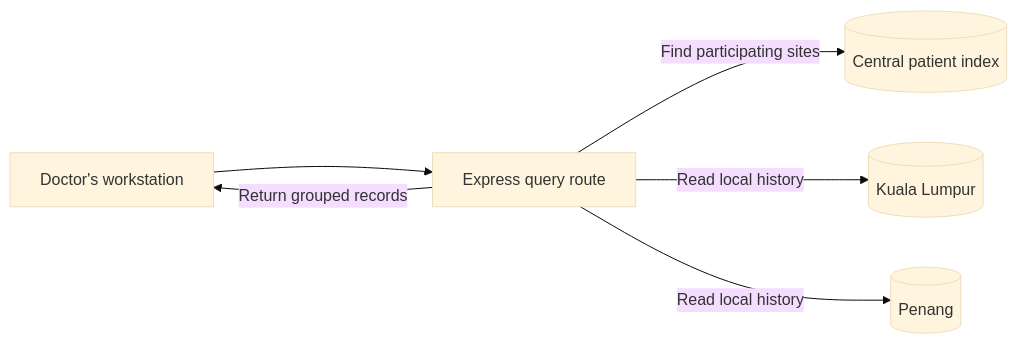
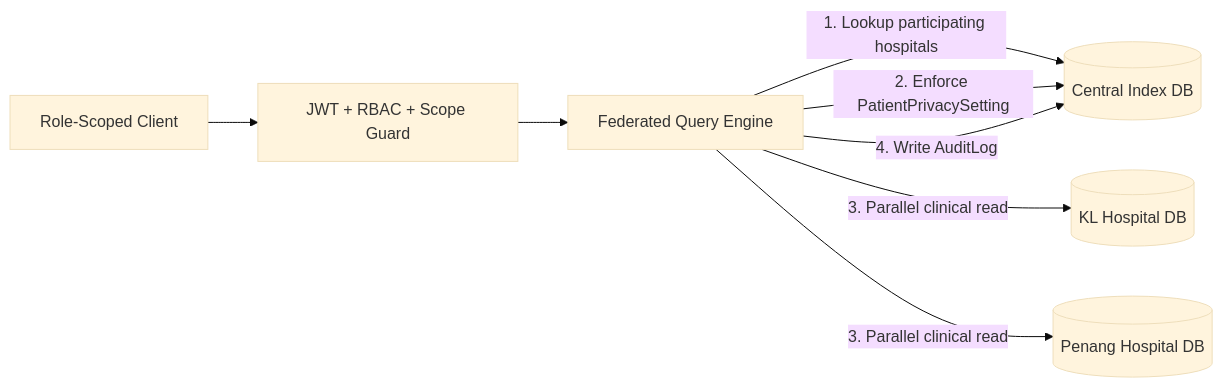
One commit to 218451LIJIAQI/National-Medical-Identity-Network changed the diagram in README.md. Above: the diagram before and after it, drawn with Mermaid (base theme). The commit also changed other lines of this file and 71 other files, not shown here.

````diff
--- a/README.md
+++ b/README.md
@@ -23,8 +25,10 @@
 ```mermaid
 flowchart LR
-    W["Doctor's workstation"] --> Q["Express query route"]
-    Q -->|Find participating sites| I[("Central patient index")]
-    Q -->|Read local history| K[("Kuala Lumpur")]
-    Q -->|Read local history| P[("Penang")]
-    Q -->|Return grouped records| W
+    W["Role-Scoped Client"] --> A["JWT + RBAC + Scope Guard"]
+    A --> Q["Federated Query Engine"]
+    Q -->|1. Lookup participating hospitals| I[("Central Index DB")]
+    Q -->|2. Enforce PatientPrivacySetting| I
+    Q -->|3. Parallel clinical read| K[("KL Hospital DB")]
+    Q -->|3. Parallel clinical read| P[("Penang Hospital DB")]
+    Q -->|4. Write AuditLog| I
 ```
````
